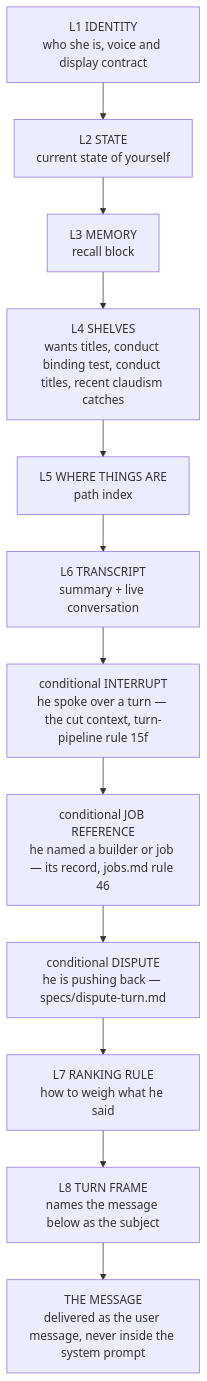
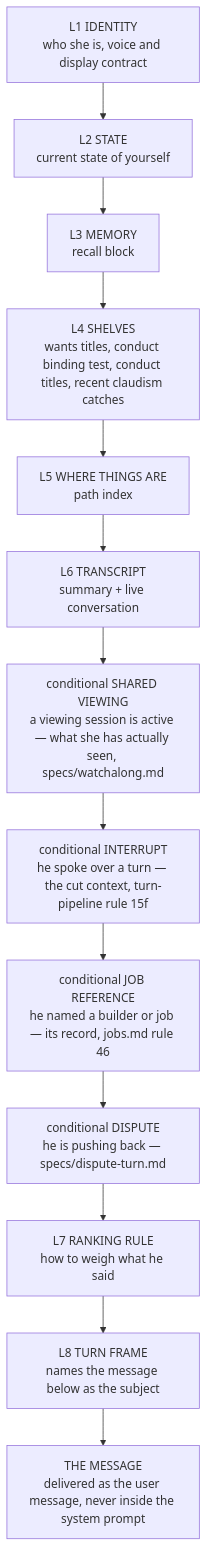
The diagram in specs/prompt-assembly.md (TheDiscordian/deskcrab), drawn with Mermaid before and after one commit. The commit also changed other lines of this file and 9 other files, not shown here.

````diff
--- a/specs/prompt-assembly.md
+++ b/specs/prompt-assembly.md
@@ -50,16 +50,17 @@
 ```mermaid
 flowchart TD
   L1["L1 IDENTITY<br/>who she is, voice and display contract"]
   L2["L2 STATE<br/>current state of yourself"]
   L3["L3 MEMORY<br/>recall block"]
   L4["L4 SHELVES<br/>wants titles, conduct binding test, conduct titles, recent claudism catches"]
   L5["L5 WHERE THINGS ARE<br/>path index"]
   L6["L6 TRANSCRIPT<br/>summary + live conversation"]
+  VIEW["conditional SHARED VIEWING<br/>a viewing session is active — what she has actually seen, specs/watchalong.md"]
   INT["conditional INTERRUPT<br/>he spoke over a turn — the cut context, turn-pipeline rule 15f"]
   JOB["conditional JOB REFERENCE<br/>he named a builder or job — its record, jobs.md rule 46"]
   DSP["conditional DISPUTE<br/>he is pushing back — specs/dispute-turn.md"]
   L7["L7 RANKING RULE<br/>how to weigh what he said"]
   L8["L8 TURN FRAME<br/>names the message below as the subject"]
   MSG["THE MESSAGE<br/>delivered as the user message, never inside the system prompt"]
-  L1 --> L2 --> L3 --> L4 --> L5 --> L6 --> INT --> JOB --> DSP --> L7 --> L8 --> MSG
+  L1 --> L2 --> L3 --> L4 --> L5 --> L6 --> VIEW --> INT --> JOB --> DSP --> L7 --> L8 --> MSG
 ```
````
